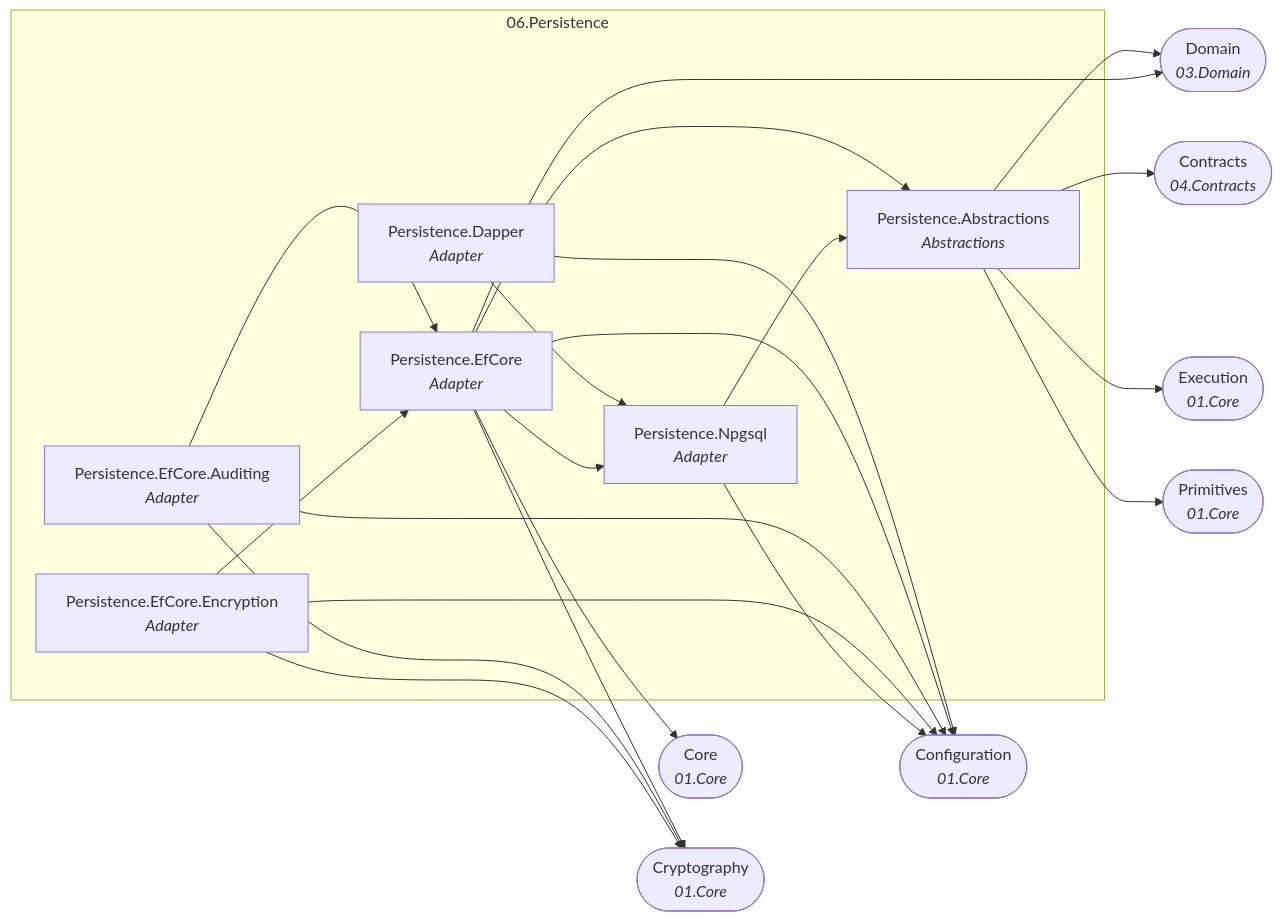
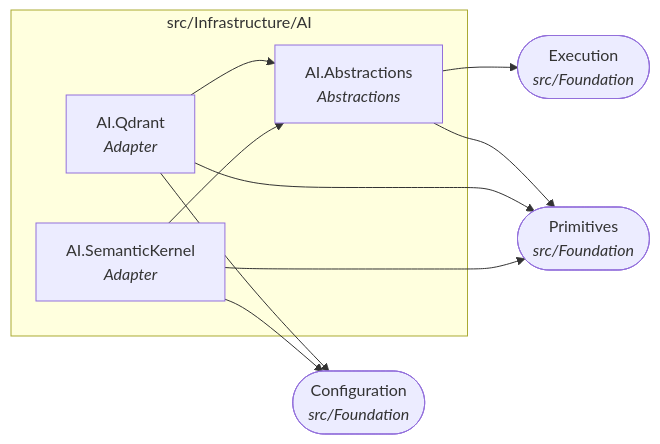
The seventh of 22 diagrams in docs/dependency-graph.md (Gresta-Vertex-Labs/platform-shared-kernel), drawn with Mermaid before and after one commit. The commit also changed other lines of this file and 4053 other files, not shown here.

````diff
--- a/docs/dependency-graph.md
+++ b/docs/dependency-graph.md
@@ -242,38 +278,19 @@
 ```mermaid
 flowchart LR
-  subgraph folder_06_Persistence["06.Persistence"]
-    SharedKernel_Persistence_Abstractions["Persistence.Abstractions<br/><i>Abstractions</i>"]
-    SharedKernel_Persistence_Dapper["Persistence.Dapper<br/><i>Adapter</i>"]
-    SharedKernel_Persistence_EfCore["Persistence.EfCore<br/><i>Adapter</i>"]
-    SharedKernel_Persistence_EfCore_Auditing["Persistence.EfCore.Auditing<br/><i>Adapter</i>"]
-    SharedKernel_Persistence_EfCore_Encryption["Persistence.EfCore.Encryption<br/><i>Adapter</i>"]
-    SharedKernel_Persistence_Npgsql["Persistence.Npgsql<br/><i>Adapter</i>"]
+  subgraph folder_src_Infrastructure_AI["src/Infrastructure/AI"]
+    SharedKernel_AI_Abstractions["AI.Abstractions<br/><i>Abstractions</i>"]
+    SharedKernel_AI_Qdrant["AI.Qdrant<br/><i>Adapter</i>"]
+    SharedKernel_AI_SemanticKernel["AI.SemanticKernel<br/><i>Adapter</i>"]
   end
-  SharedKernel_Configuration(["Configuration<br/><i>01.Core</i>"])
-  SharedKernel_Contracts(["Contracts<br/><i>04.Contracts</i>"])
-  SharedKernel_Core(["Core<br/><i>01.Core</i>"])
-  SharedKernel_Cryptography(["Cryptography<br/><i>01.Core</i>"])
-  SharedKernel_Domain(["Domain<br/><i>03.Domain</i>"])
-  SharedKernel_Execution(["Execution<br/><i>01.Core</i>"])
-  SharedKernel_Primitives(["Primitives<br/><i>01.Core</i>"])
-  SharedKernel_Persistence_Abstractions --> SharedKernel_Contracts
-  SharedKernel_Persistence_Abstractions --> SharedKernel_Domain
-  SharedKernel_Persistence_Abstractions --> SharedKernel_Execution
-  SharedKernel_Persistence_Abstractions --> SharedKernel_Primitives
-  SharedKernel_Persistence_Dapper --> SharedKernel_Configuration
-  SharedKernel_Persistence_Dapper --> SharedKernel_Persistence_Npgsql
-  SharedKernel_Persistence_EfCore --> SharedKernel_Configuration
-  SharedKernel_Persistence_EfCore --> SharedKernel_Core
-  SharedKernel_Persistence_EfCore --> SharedKernel_Cryptography
-  SharedKernel_Persistence_EfCore --> SharedKernel_Domain
-  SharedKernel_Persistence_EfCore --> SharedKernel_Persistence_Abstractions
-  SharedKernel_Persistence_EfCore --> SharedKernel_Persistence_Npgsql
-  SharedKernel_Persistence_EfCore_Auditing --> SharedKernel_Configuration
-  SharedKernel_Persistence_EfCore_Auditing --> SharedKernel_Cryptography
-  SharedKernel_Persistence_EfCore_Auditing --> SharedKernel_Persistence_EfCore
-  SharedKernel_Persistence_EfCore_Encryption --> SharedKernel_Configuration
-  SharedKernel_Persistence_EfCore_Encryption --> SharedKernel_Cryptography
-  SharedKernel_Persistence_EfCore_Encryption --> SharedKernel_Persistence_EfCore
-  SharedKernel_Persistence_Npgsql --> SharedKernel_Configuration
-  SharedKernel_Persistence_Npgsql --> SharedKernel_Persistence_Abstractions
+  SharedKernel_Configuration(["Configuration<br/><i>src/Foundation</i>"])
+  SharedKernel_Execution(["Execution<br/><i>src/Foundation</i>"])
+  SharedKernel_Primitives(["Primitives<br/><i>src/Foundation</i>"])
+  SharedKernel_AI_Abstractions --> SharedKernel_Execution
+  SharedKernel_AI_Abstractions --> SharedKernel_Primitives
+  SharedKernel_AI_Qdrant --> SharedKernel_AI_Abstractions
+  SharedKernel_AI_Qdrant --> SharedKernel_Configuration
+  SharedKernel_AI_Qdrant --> SharedKernel_Primitives
+  SharedKernel_AI_SemanticKernel --> SharedKernel_AI_Abstractions
+  SharedKernel_AI_SemanticKernel --> SharedKernel_Configuration
+  SharedKernel_AI_SemanticKernel --> SharedKernel_Primitives
 ```
````
